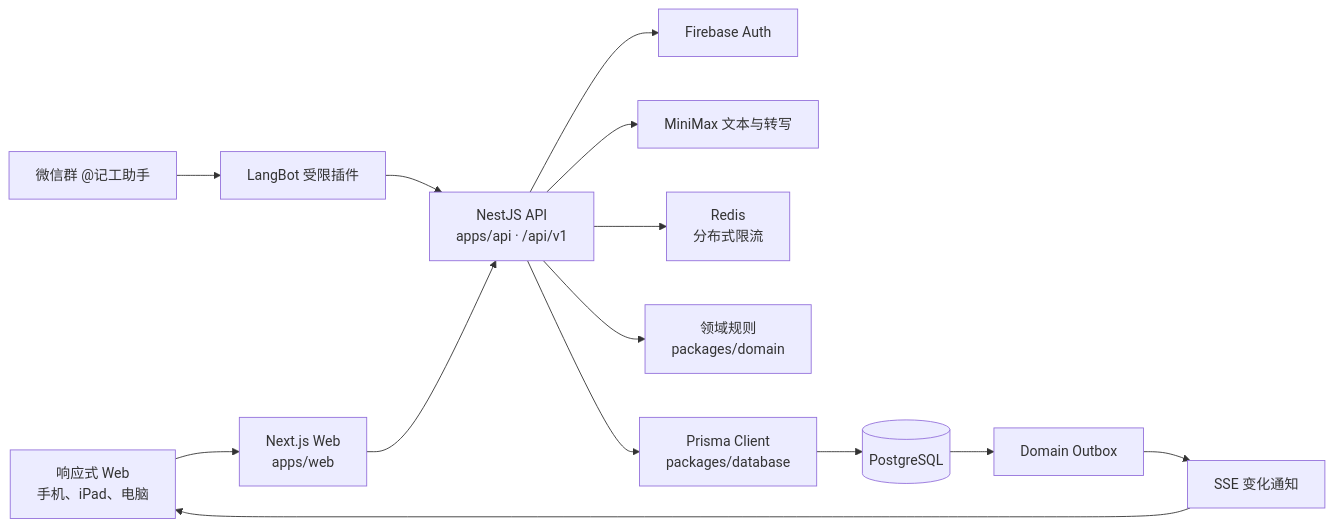
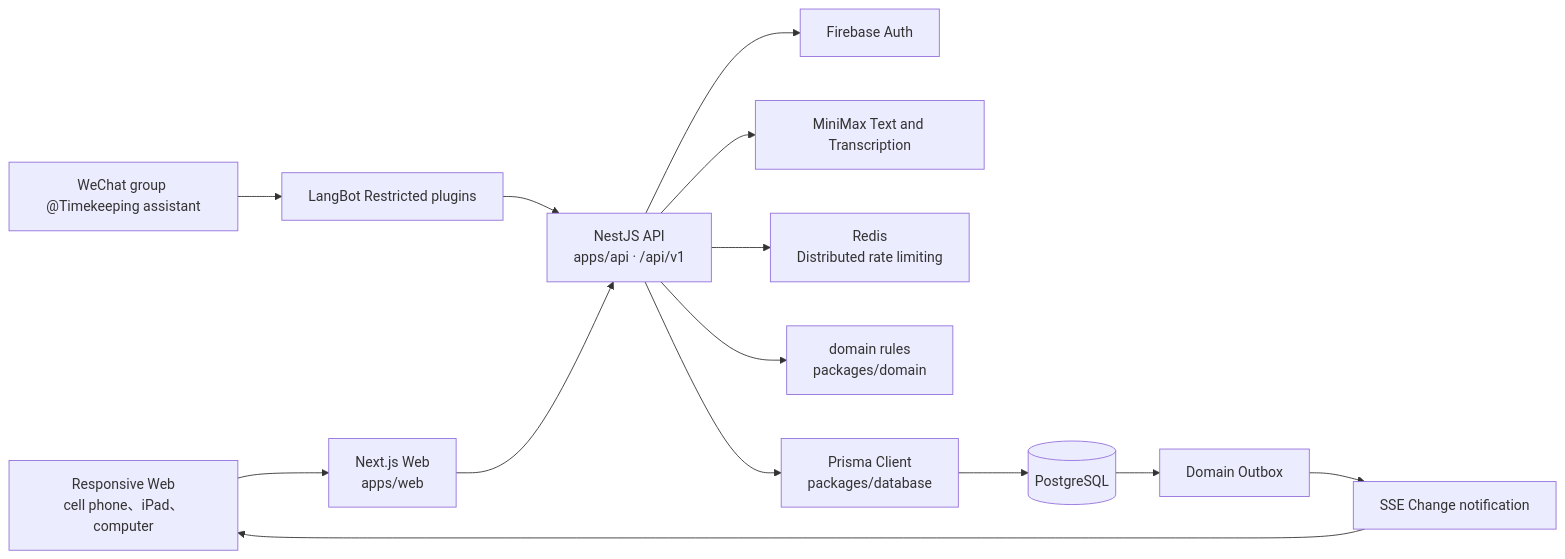
The diagram in docs/engineering/ARCHITECTURE.md (Redonkatonkk/massage-note), drawn with Mermaid before and after one commit. The commit also changed other lines of this file and 118 other files, not shown here.

````diff
--- a/docs/engineering/ARCHITECTURE.md
+++ b/docs/engineering/ARCHITECTURE.md
@@ -10,16 +16,16 @@
 ```mermaid
 flowchart LR
-    Browser["响应式 Web<br/>手机、iPad、电脑"] --> Web["Next.js Web<br/>apps/web"]
-    WeChat["微信群 @记工助手"] --> LangBot["LangBot 受限插件"]
+    Browser["Responsive Web<br/>cell phone、iPad、computer"] --> Web["Next.js Web<br/>apps/web"]
+    WeChat["WeChat group @Timekeeping assistant"] --> LangBot["LangBot Restricted plugins"]
     LangBot --> API
     Web --> API["NestJS API<br/>apps/api · /api/v1"]
     API --> Auth["Firebase Auth"]
-    API --> AI["MiniMax 文本与转写"]
-    API --> Redis["Redis<br/>分布式限流"]
-    API --> Domain["领域规则<br/>packages/domain"]
+    API --> AI["MiniMax Text and Transcription"]
+    API --> Redis["Redis<br/>Distributed rate limiting"]
+    API --> Domain["domain rules<br/>packages/domain"]
     API --> Prisma["Prisma Client<br/>packages/database"]
     Prisma --> PG[(PostgreSQL)]
     PG --> Outbox["Domain Outbox"]
-    Outbox --> SSE["SSE 变化通知"]
+    Outbox --> SSE["SSE Change notification"]
     SSE --> Browser
 ```
````
